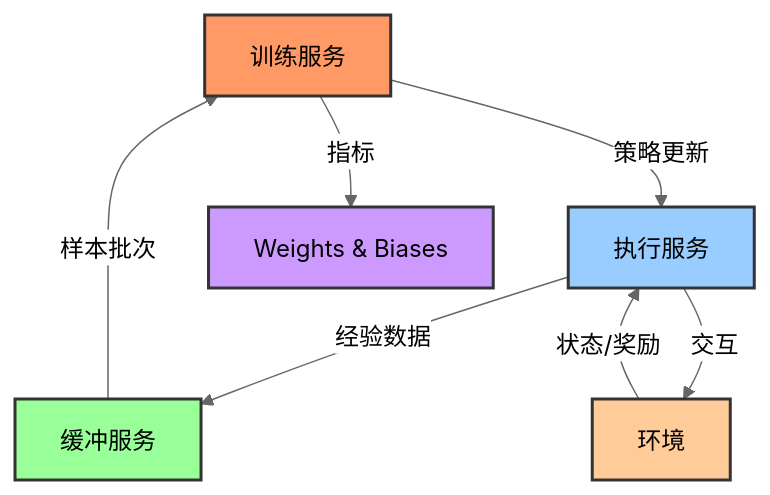
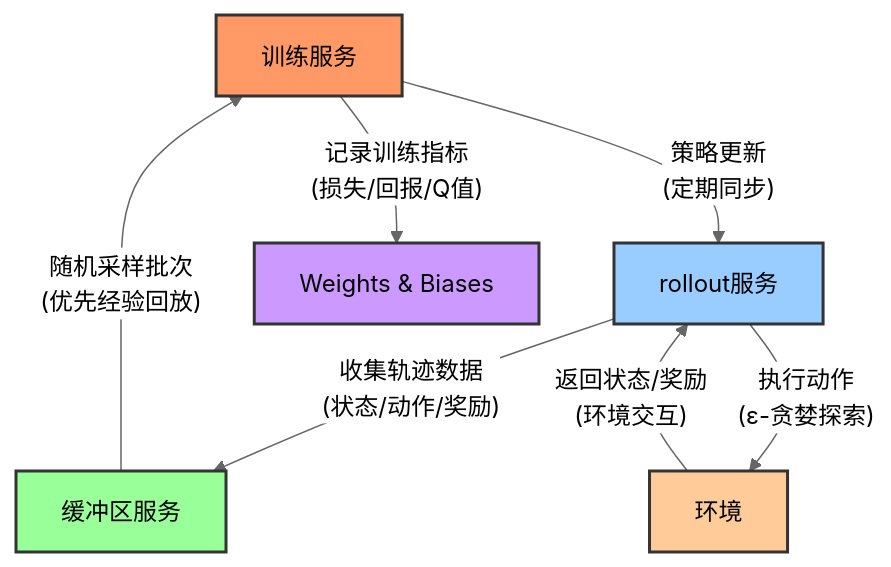
Before and after one commit to s-JoL/TITAN-RL: the diagram in README_ZH.md, drawn with Mermaid (neutral theme).

Commit message:
update chinese readme

````diff
--- a/README_ZH.md
+++ b/README_ZH.md
@@ -14,15 +14,15 @@
 ```mermaid
 graph TD
-    A[训练服务] -->|策略更新| B[执行服务]
-    B -->|经验数据| C[缓冲服务]
-    C -->|样本批次| A
-    B -->|交互| D[环境]
-    D -->|状态/奖励| B
-    A -->|指标| E[Weights & Biases]
+    A[训练服务] -->|"策略更新\n(定期同步)"| B[rollout服务]
+    B -->|"收集轨迹数据\n(状态/动作/奖励)"| C[缓冲区服务]
+    C -->|"随机采样批次\n(优先经验回放)"| A
+    B -->|"执行动作\n(ε-贪婪探索)"| D[环境]
+    D -->|"返回状态/奖励\n(环境交互)"| B
+    A -->|"记录训练指标\n(损失/回报/Q值)"| E[Weights & Biases]
     
     style A fill:#f96,stroke:#333,stroke-width:2px
     style B fill:#9cf,stroke:#333,stroke-width:2px
     style C fill:#9f9,stroke:#333,stroke-width:2px
     style D fill:#fc9,stroke:#333,stroke-width:2px
     style E fill:#c9f,stroke:#333,stroke-width:2px
 ```
````
